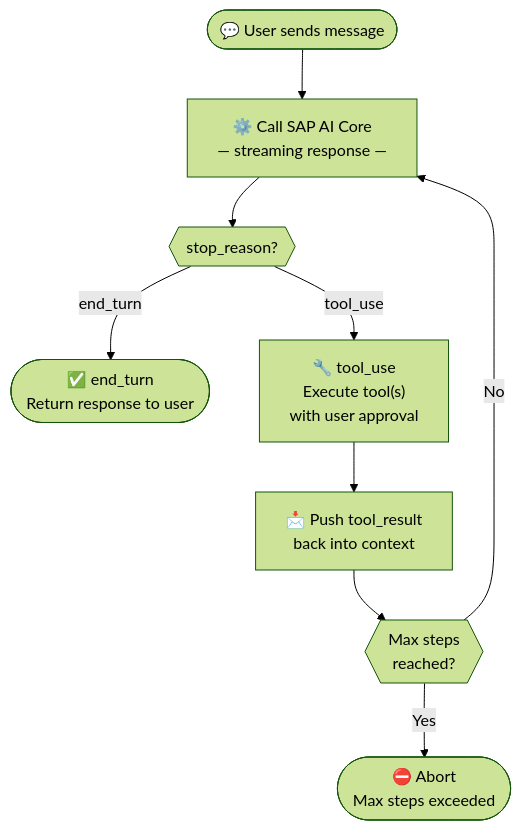
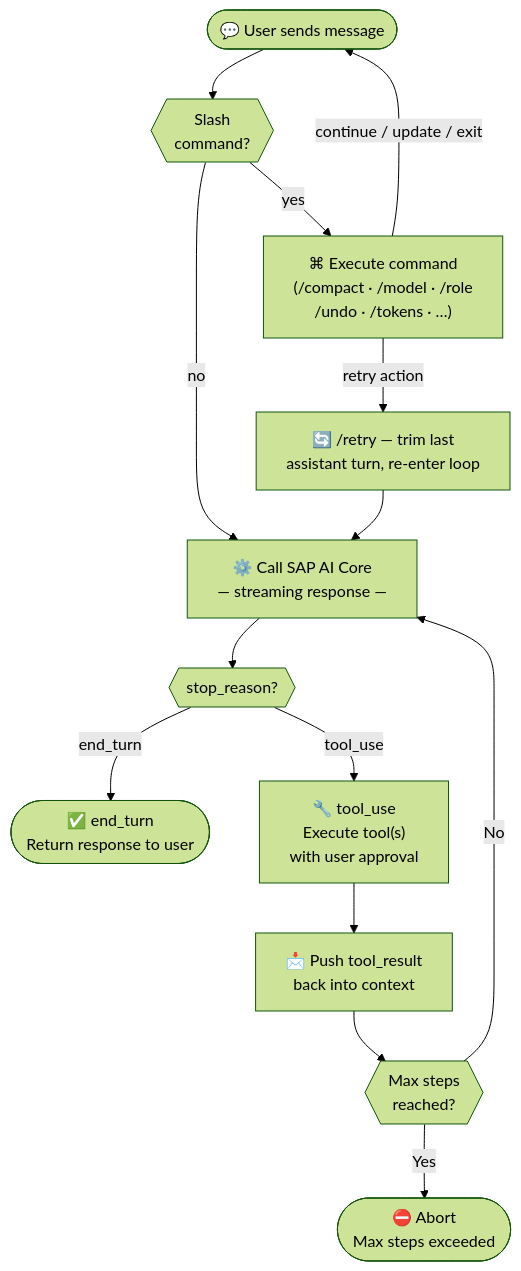
One commit to UdaySharmaGitHub/CLIC-Agentic-CLI-like-Code-Claude changed the second of 2 diagrams in README.md. Above: the diagram before and after it, drawn with Mermaid (forest theme). The commit also changed other lines of this file and 1 other file, not shown here.

````diff
--- a/README.md
+++ b/README.md
@@ -157,20 +179,28 @@
 ```mermaid
 flowchart TD
     Start(["💬 User sends message"])
+    SlashCheck{{"Slash\ncommand?"}}
+    CmdRun["⌘ Execute command\n(/compact · /model · /role\n/undo · /tokens · …)"]
+    RetryPath["🔄 /retry — trim last\nassistant turn, re-enter loop"]
     CallAPI["⚙️ Call SAP AI Core\n— streaming response —"]
     Decision{{"stop_reason?"}}
     EndTurn(["✅ end_turn\nReturn response to user"])
     ToolUse["🔧 tool_use\nExecute tool(s)\nwith user approval"]
     SaveResult["📩 Push tool_result\nback into context"]
     StepCheck{{"Max steps\nreached?"}}
     Abort(["⛔ Abort\nMax steps exceeded"])
 
-    Start --> CallAPI
+    Start --> SlashCheck
+    SlashCheck -->|"yes"| CmdRun
+    SlashCheck -->|"no"| CallAPI
+    CmdRun -->|"retry action"| RetryPath
+    CmdRun -->|"continue / update / exit"| Start
+    RetryPath --> CallAPI
     CallAPI --> Decision
     Decision -->|"end_turn"| EndTurn
     Decision -->|"tool_use"| ToolUse
     ToolUse --> SaveResult
     SaveResult --> StepCheck
     StepCheck -->|"No"| CallAPI
     StepCheck -->|"Yes"| Abort
 ```
````
